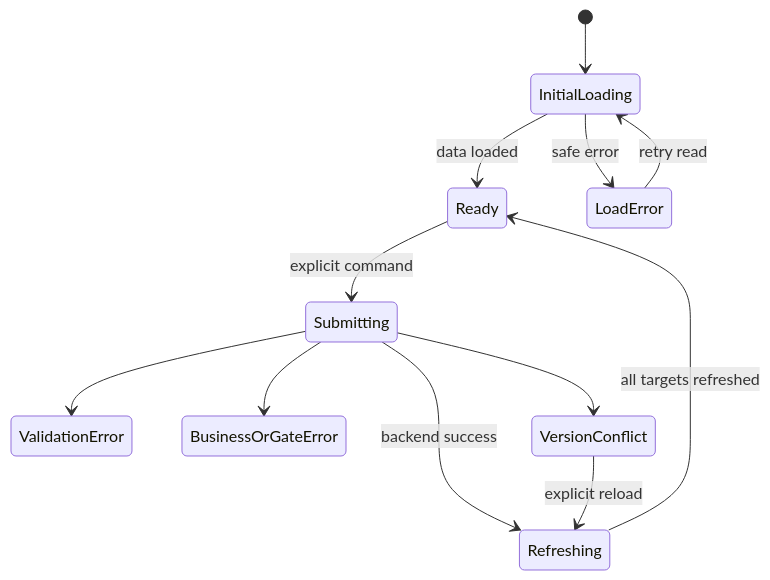
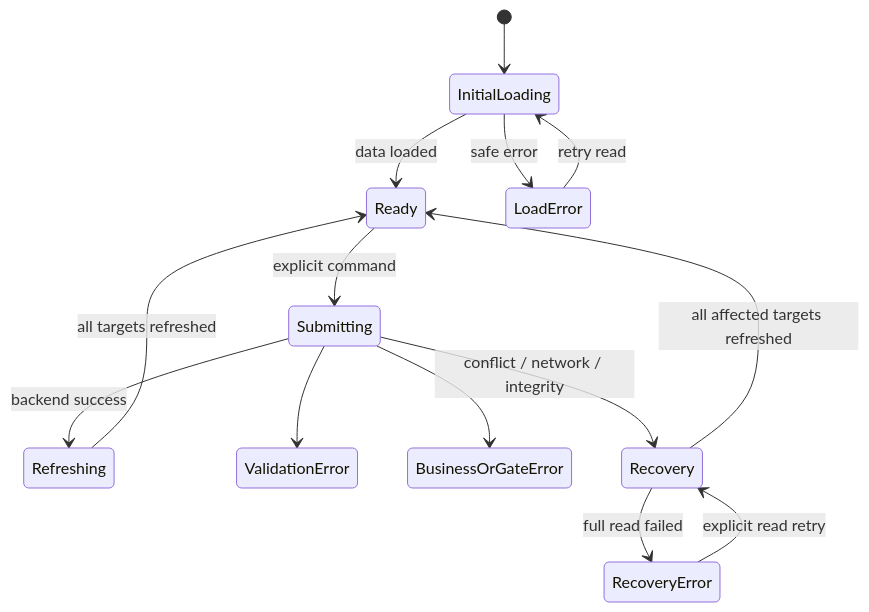
One commit to AI-shoks/WorkCard-Lifecycle changed the diagram in WorkCard-Lifecycle/docs/ux/ui-states.md. Above: the diagram before and after it, drawn with Mermaid. The commit also changed other lines of this file and 59 other files, not shown here.

````diff
--- a/WorkCard-Lifecycle/docs/ux/ui-states.md
+++ b/WorkCard-Lifecycle/docs/ux/ui-states.md
@@ -15,14 +15,16 @@
 ```mermaid
 stateDiagram-v2
     [*] --> InitialLoading
     InitialLoading --> Ready: data loaded
     InitialLoading --> LoadError: safe error
     LoadError --> InitialLoading: retry read
     Ready --> Submitting: explicit command
     Submitting --> Refreshing: backend success
     Refreshing --> Ready: all targets refreshed
     Submitting --> ValidationError
     Submitting --> BusinessOrGateError
-    Submitting --> VersionConflict
-    VersionConflict --> Refreshing: explicit reload
+    Submitting --> Recovery: conflict / network / integrity
+    Recovery --> Ready: all affected targets refreshed
+    Recovery --> RecoveryError: full read failed
+    RecoveryError --> Recovery: explicit read retry
 ```
````
